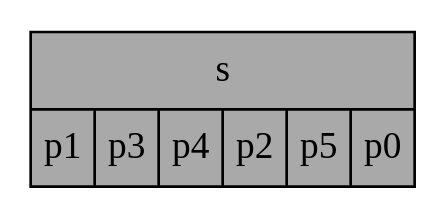
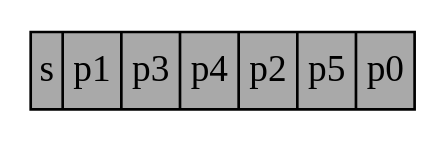
One commit to yavuzkoroglu/gwplus changed the diagram in examples/toygraph001/hypergraph008.dot. Above: the diagram before and after it, drawn with Graphviz. The commit also changed 7 other files, not shown here.

```diff
--- a/examples/toygraph001/hypergraph008.dot
+++ b/examples/toygraph001/hypergraph008.dot
@@ -1,7 +1,7 @@
 digraph H008 {
     node [shape=circle,fixedsize=1,width=0.4,height=0.4,fillcolor="darkgray"];
 	edge [arrowsize=0.5];
 	nodesep=0.1;
 	ranksep=0.1;
-    s [style="filled",shape="record",label="{s|{p1|p3|p4|p2|p5|p0}}",width=2,height=0.8];
+    s [style="filled",shape="record",label="s|p1|p3|p4|p2|p5|p0",width=2,height=0.4];
 }
```
